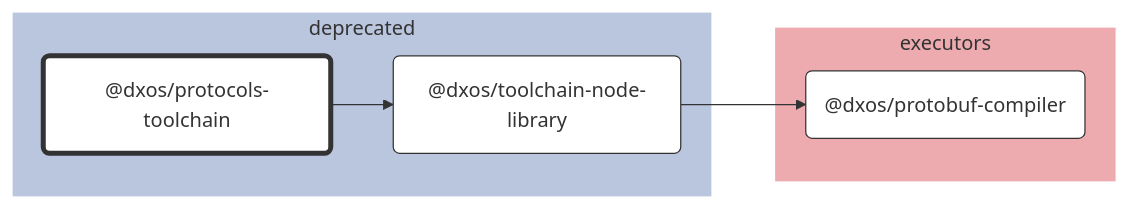
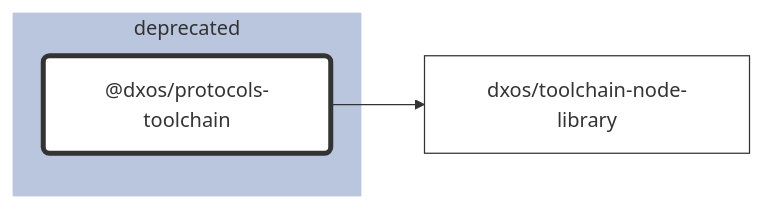
The diagram in tools/deprecated/protocols-toolchain/docs/README.md (dxos/dxos), drawn with Mermaid before and after one commit. The commit also changed 84 other files, not shown here.

````diff
--- a/tools/deprecated/protocols-toolchain/docs/README.md
+++ b/tools/deprecated/protocols-toolchain/docs/README.md
@@ -7,38 +7,21 @@
 ```mermaid
 %%{ init: {'flowchart':{'curve':'basis'}} }%%
 
 flowchart LR
 
-%% Links
-dxos/protocols-toolchain --> dxos/toolchain-node-library;
-dxos/toolchain-node-library --> dxos/protobuf-compiler;
+%% Classes
+classDef default fill:#fff,stroke:#333,stroke-width:1px
+classDef root fill:#fff,stroke:#333,stroke-width:4px
 
-%% Sections
-subgraph deprecated
-  style deprecated fill:#bac5de,stroke:#fff;
+%% Nodes
 
-  dxos/protocols-toolchain("@dxos/protocols-toolchain")
-  dxos/toolchain-node-library("@dxos/toolchain-node-library")
+subgraph deprecated [deprecated]
+  style deprecated fill:#bac5de,stroke:#fff
+  dxos/protocols-toolchain("@dxos/protocols-toolchain"):::root
+  click dxos/protocols-toolchain "dxos/dxos/tree/main/tools/deprecated/protocols-toolchain/docs"
 end
 
-subgraph executors
-  style executors fill:#edabb0,stroke:#fff;
-
-  dxos/protobuf-compiler("@dxos/protobuf-compiler")
-end
-
-
-%% Hyperlinks
-click dxos/protobuf-compiler "dxos/dxos/tree/main/tools/executors/protobuf-compiler/docs";
-click dxos/toolchain-node-library "dxos/dxos/tree/main/tools/deprecated/toolchain-node-library/docs";
-
-%% Styles
-classDef rootNode fill:#fff,stroke:#333,stroke-width:4px
-classDef defaultNode fill:#fff,stroke:#333,stroke-width:1px
+%% Links
 linkStyle default stroke:#333,stroke-width:1px
-
-dxos/protocols-toolchain:::rootNode
-
-dxos/protobuf-compiler:::defaultNode
-dxos/toolchain-node-library:::defaultNode
+dxos/protocols-toolchain --> dxos/toolchain-node-library
 ```
````
